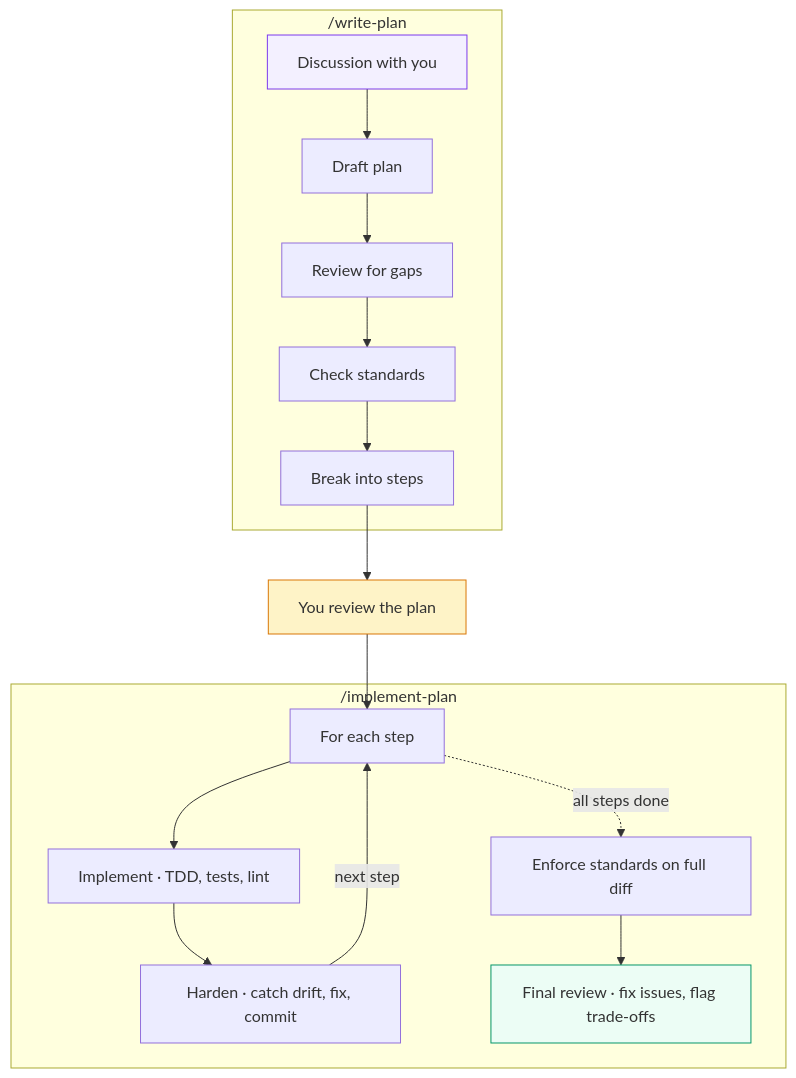
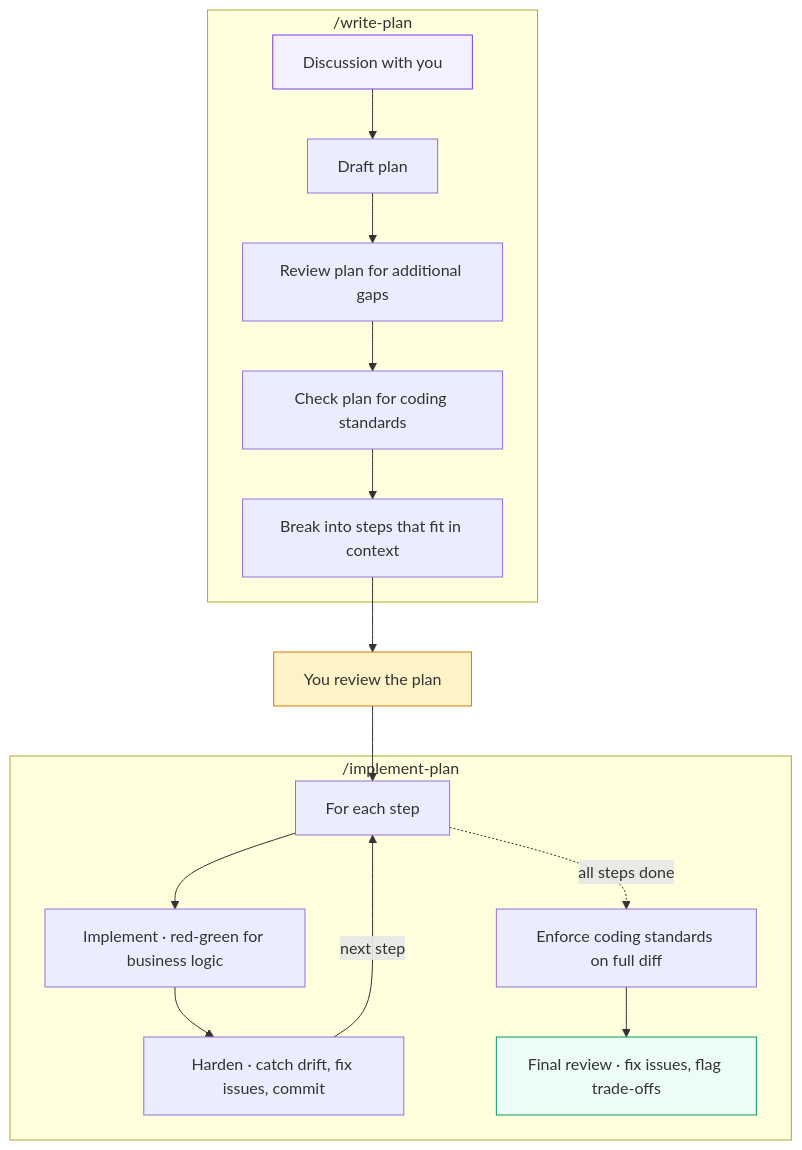
The diagram in README.md (mkrtchian/spec-driven-dev), drawn with Mermaid before and after one commit. The commit also changed other lines of this file, not shown here.

Commit message:
docs: clarify flowchart labels and simplify docs tree in README

````diff
--- a/README.md
+++ b/README.md
@@ -46,27 +46,27 @@
 ```mermaid
 flowchart TD
     subgraph "/write-plan"
         A["Discussion with you"] --> B["Draft plan"]
-        B --> C["Review for gaps"]
-        C --> D["Check standards"]
-        D --> E["Break into steps"]
+        B --> C["Review plan for additional gaps"]
+        C --> D["Check plan for coding standards"]
+        D --> E["Break into steps that fit in context"]
     end
 
     E --> F["You review the plan"]
 
     subgraph "/implement-plan"
         G["For each step"]
-        G --> H["Implement · TDD, tests, lint"]
-        H --> I["Harden · catch drift, fix, commit"]
+        G --> H["Implement · red-green for business logic"]
+        H --> I["Harden · catch drift, fix issues, commit"]
         I -- next step --> G
 
-        G -. all steps done .-> J["Enforce standards on full diff"]
+        G -. all steps done .-> J["Enforce coding standards on full diff"]
         J --> K["Final review · fix issues, flag trade-offs"]
     end
 
     F --> G
 
     style A fill:#f3f0ff,stroke:#7c3aed
     style F fill:#fef3c7,stroke:#d97706
     style K fill:#ecfdf5,stroke:#059669
 ```
````
